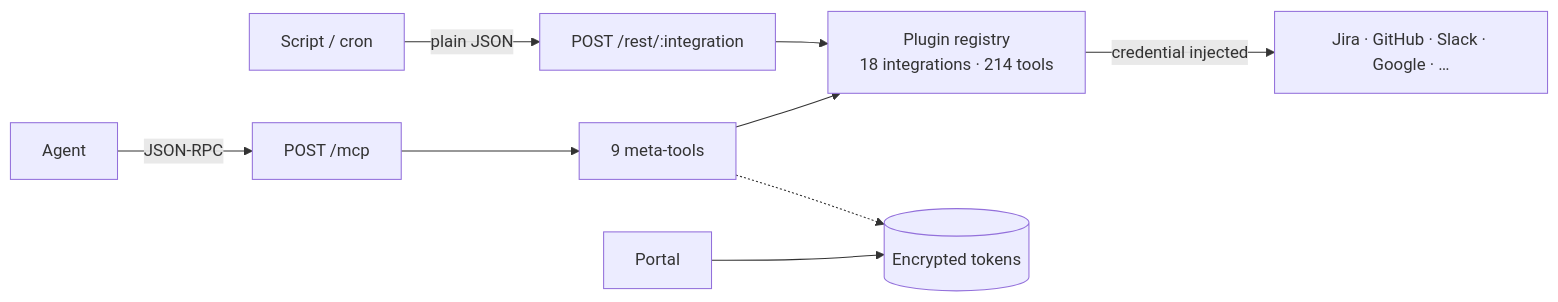
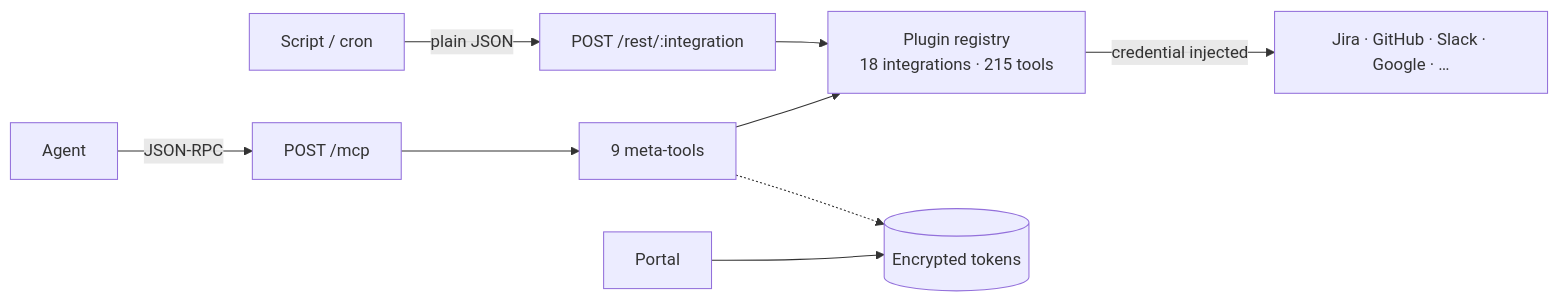
Before and after one commit to amarthaid/workbench: the diagram in README.md, drawn with Mermaid. The commit also changed other lines of this file and 12 other files, not shown here.

````diff
--- a/README.md
+++ b/README.md
@@ -28,11 +28,11 @@
 ```mermaid
 flowchart LR
   Agent["Agent"] -->|JSON-RPC| MCP["POST /mcp"]
   Script["Script / cron"] -->|plain JSON| REST["POST /rest/:integration"]
   MCP --> Meta["9 meta-tools"]
-  Meta --> Reg["Plugin registry<br/>18 integrations · 214 tools"]
+  Meta --> Reg["Plugin registry<br/>18 integrations · 215 tools"]
   REST --> Reg
   Reg -->|credential injected| APIs["Jira · GitHub · Slack · Google · …"]
   Portal["Portal"] --> Store[("Encrypted tokens")]
   Meta -.-> Store
 ```
````
